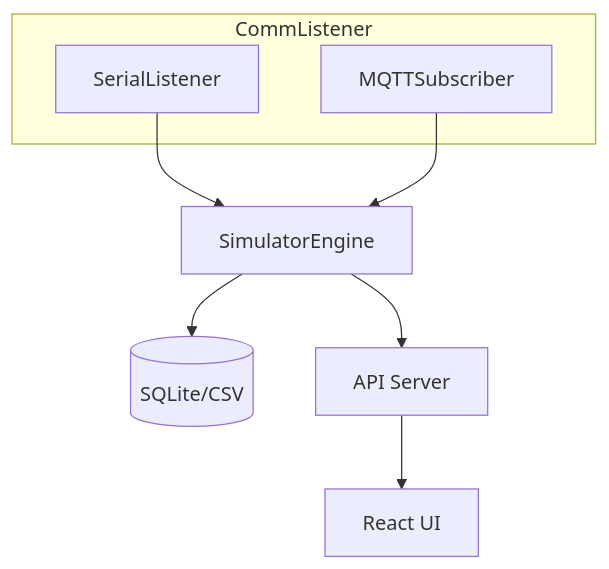
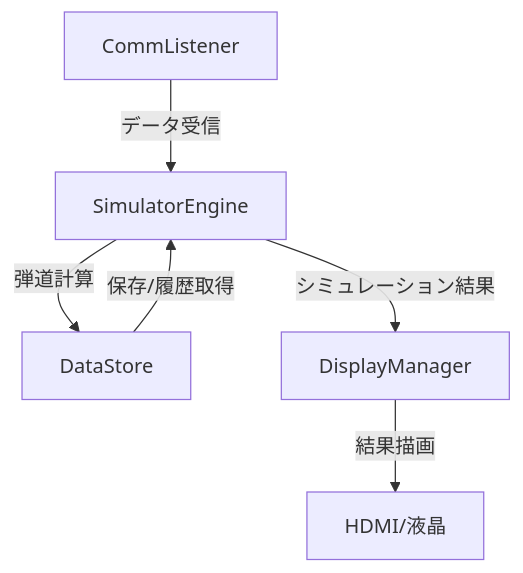
One commit to Hidenori24/Golf_HILS_System changed the fifth of 5 diagrams in README.md. Above: the diagram before and after it, drawn with Mermaid. The commit also changed other lines of this file, not shown here.

````diff
--- a/README.md
+++ b/README.md
@@ -185,11 +179,8 @@
 ```mermaid
 flowchart TD
-  subgraph CommListener
-    SerialListener & MQTTSubscriber
-  end
-  SerialListener --> SimulatorEngine
-  MQTTSubscriber --> SimulatorEngine
-  SimulatorEngine --> DataStore[(SQLite/CSV)]
-  SimulatorEngine --> APIServer[API Server]
-  APIServer --> WebUI[React UI]
+  CommListener -- データ受信 --> SimulatorEngine
+  SimulatorEngine -- 弾道計算 --> DataStore
+  SimulatorEngine -- シミュレーション結果 --> DisplayManager
+  DataStore -- 保存/履歴取得 --> SimulatorEngine
+  DisplayManager -- 結果描画 --> DISP[HDMI/液晶]
 ```
````
